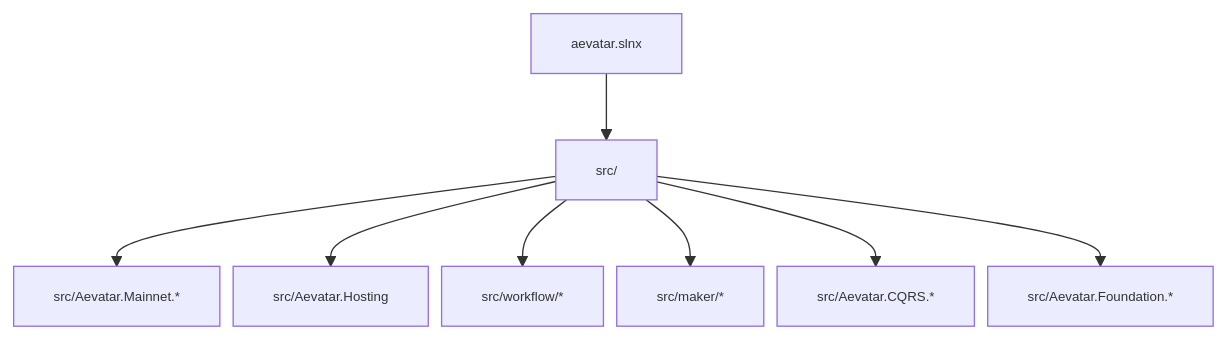
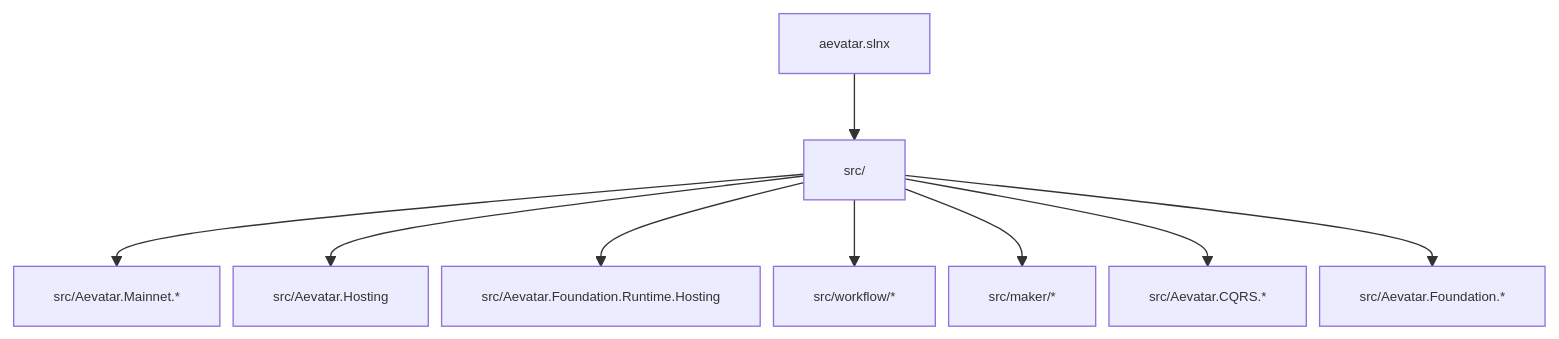
The first of 4 diagrams in docs/PROJECT_ARCHITECTURE.md (aevatarAI/aevatar), drawn with Mermaid before and after one commit. The commit also changed other lines of this file and 20 other files, not shown here.

First line of the commit message:
Add Aevatar.Foundation.Runtime.Hosting project and enhance CI checks

````diff
--- a/docs/PROJECT_ARCHITECTURE.md
+++ b/docs/PROJECT_ARCHITECTURE.md
@@ -16,11 +16,12 @@
 ```mermaid
 %%{init: {"maxTextSize": 100000, "flowchart": {"useMaxWidth": false, "nodeSpacing": 10, "rankSpacing": 50}, "themeVariables": {"fontSize": "10px"}}}%%
 flowchart TB
     R["aevatar.slnx"] --> SRC["src/"]
     SRC --> MN["src/Aevatar.Mainnet.*"]
     SRC --> HT["src/Aevatar.Hosting"]
+    SRC --> FRH["src/Aevatar.Foundation.Runtime.Hosting"]
     SRC --> WF["src/workflow/*"]
     SRC --> MK["src/maker/*"]
     SRC --> CQ["src/Aevatar.CQRS.*"]
     SRC --> FD["src/Aevatar.Foundation.*"]
 ```
````
